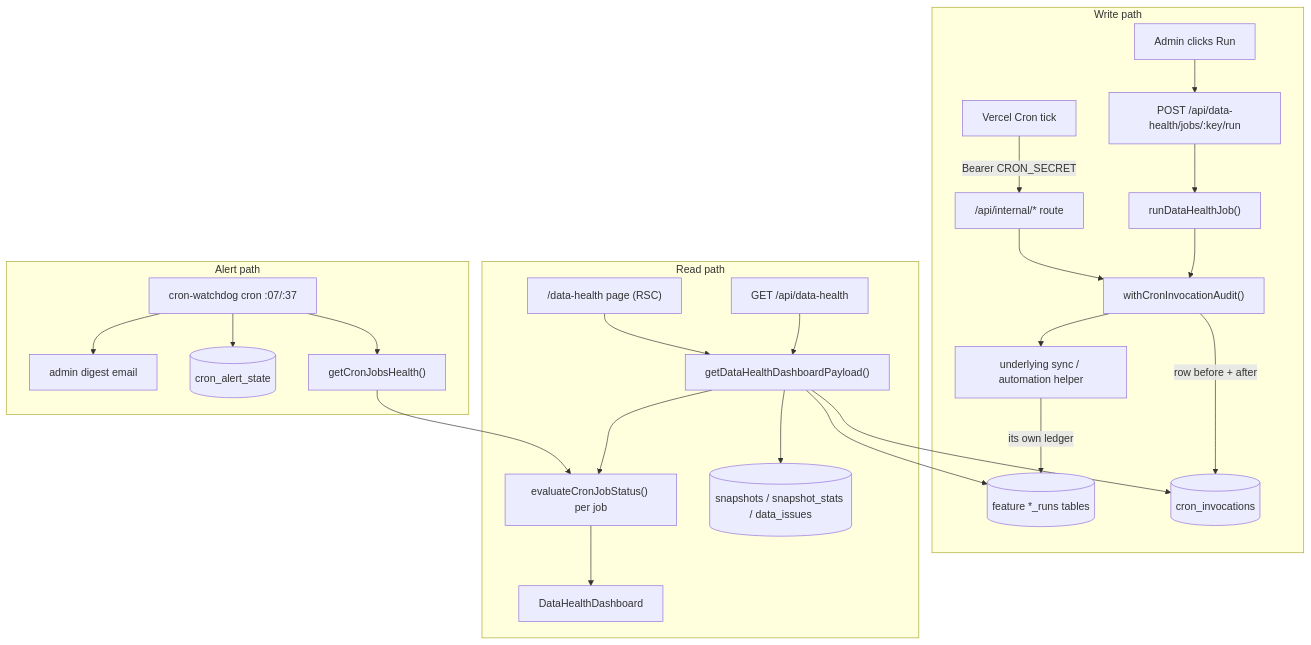
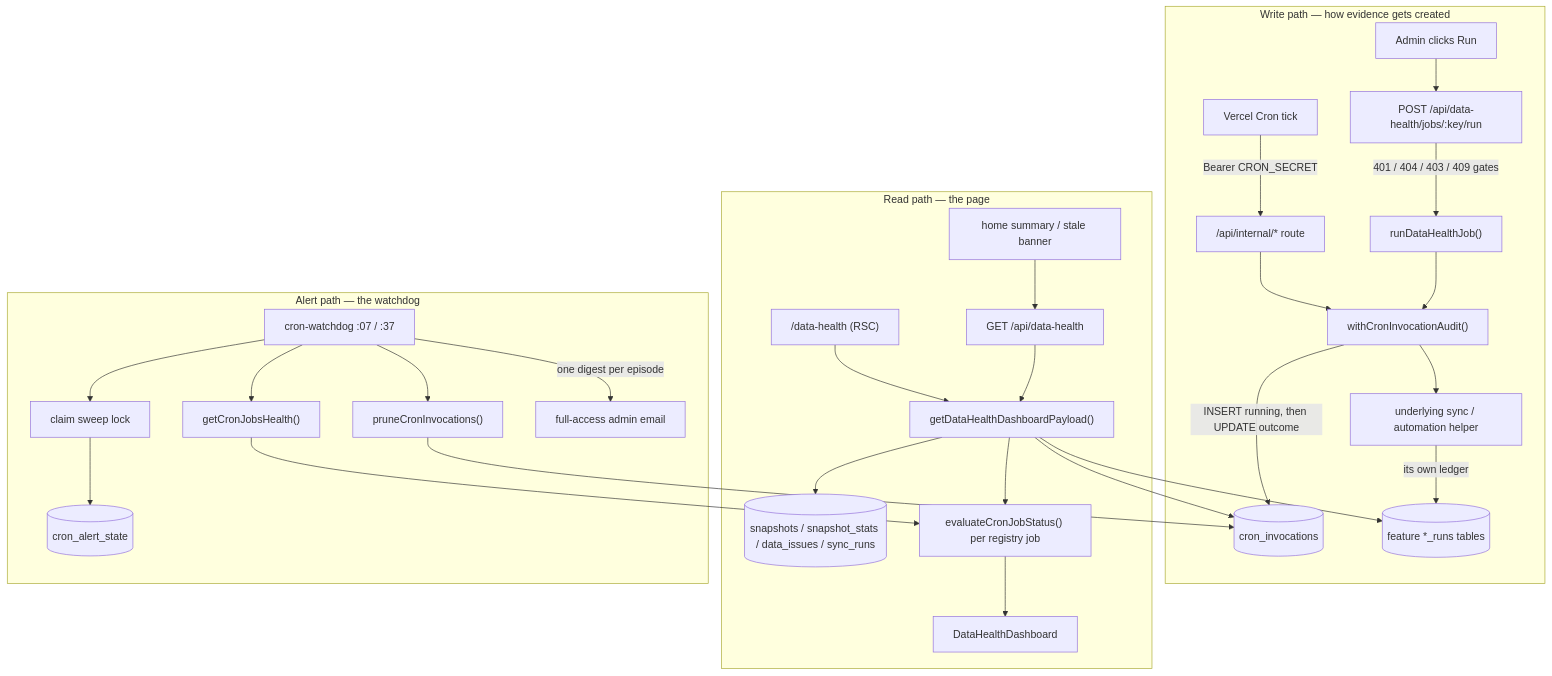
The diagram in docs/features/data-health.md (kasheesh711/bgscheduler), drawn with Mermaid before and after one commit. The commit also changed other lines of this file and 95 other files, not shown here.

````diff
--- a/docs/features/data-health.md
+++ b/docs/features/data-health.md
@@ -76,30 +99,34 @@
 ```mermaid
 flowchart TD
-    subgraph write["Write path"]
-      VC[Vercel Cron tick] -->|Bearer CRON_SECRET| IR["/api/internal/* route"]
-      AB[Admin clicks Run] --> RJ["POST /api/data-health/jobs/:key/run"]
-      RJ --> RDJ["runDataHealthJob()"]
+    subgraph write["Write path — how evidence gets created"]
+      VC["Vercel Cron tick"] -->|"Bearer CRON_SECRET"| IR["/api/internal/* route"]
+      AB["Admin clicks Run"] --> RJ["POST /api/data-health/jobs/:key/run"]
+      RJ -->|"401 / 404 / 403 / 409 gates"| RDJ["runDataHealthJob()"]
       IR --> WRAP["withCronInvocationAudit()"]
       RDJ --> WRAP
-      WRAP -->|row before + after| CI[(cron_invocations)]
+      WRAP -->|"INSERT running, then UPDATE outcome"| CI[("cron_invocations")]
       WRAP --> JOB["underlying sync / automation helper"]
-      JOB -->|its own ledger| RUNS[(feature *_runs tables)]
+      JOB -->|"its own ledger"| RUNS[("feature *_runs tables")]
     end
 
-    subgraph read["Read path"]
-      PAGE["/data-health page (RSC)"] --> PAY["getDataHealthDashboardPayload()"]
+    subgraph read["Read path — the page"]
+      PAGE["/data-health (RSC)"] --> PAY["getDataHealthDashboardPayload()"]
       API["GET /api/data-health"] --> PAY
+      HOME["home summary / stale banner"] --> API
       PAY --> CI
       PAY --> RUNS
-      PAY --> SNAP[(snapshots / snapshot_stats / data_issues)]
-      PAY --> EVAL["evaluateCronJobStatus() per job"]
+      PAY --> SNAP[("snapshots / snapshot_stats / data_issues / sync_runs")]
+      PAY --> EVAL["evaluateCronJobStatus() per registry job"]
       EVAL --> UI["DataHealthDashboard"]
     end
 
-    subgraph alert["Alert path"]
-      WD["cron-watchdog cron :07/:37"] --> CJH["getCronJobsHealth()"]
+    subgraph alert["Alert path — the watchdog"]
+      WD["cron-watchdog :07 / :37"] --> PRUNE["pruneCronInvocations()"]
+      PRUNE --> CI
+      WD --> CJH["getCronJobsHealth()"]
       CJH --> EVAL
-      WD --> CAS[(cron_alert_state)]
-      WD --> MAIL["admin digest email"]
+      WD --> LOCK["claim sweep lock"]
+      LOCK --> CAS[("cron_alert_state")]
+      WD -->|"one digest per episode"| MAIL["full-access admin email"]
     end
 ```
````
